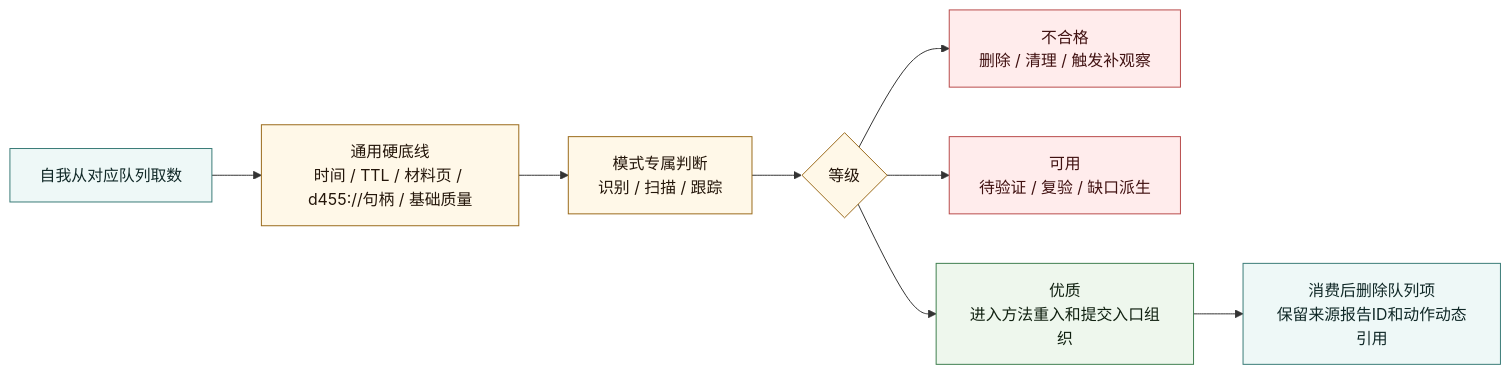
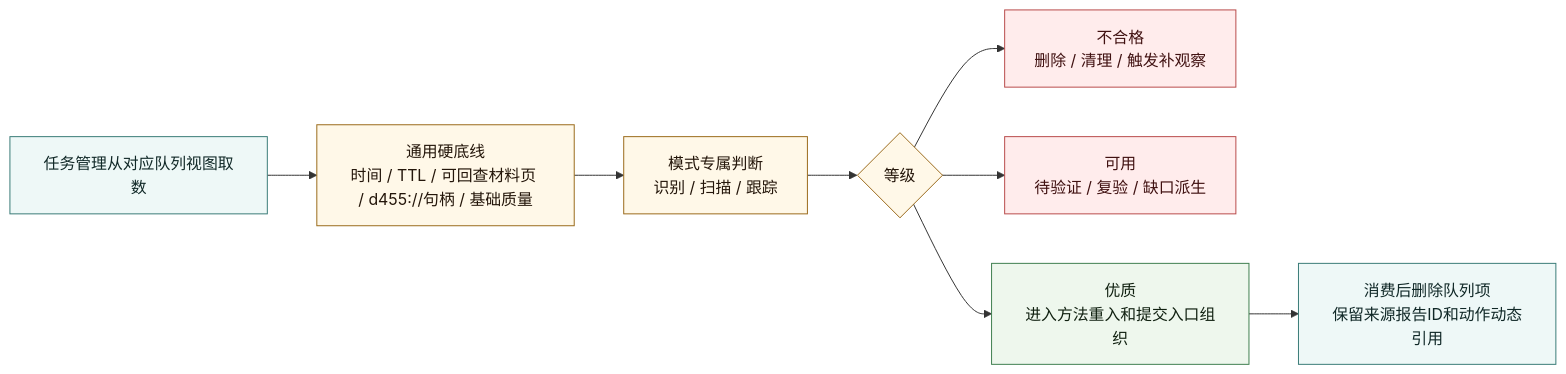
The second of 3 diagrams in 流程图/20260606_外设工作流程图_v0.2.md (chunhaizh-cyber/Birthplace-of-digital-civilization), drawn with Mermaid before and after one commit. The commit also changed other lines of this file and 7 other files, not shown here.

Commit message:
修订外设流程图正式承接口径

````diff
--- a/流程图/20260606_外设工作流程图_v0.2.md
+++ b/流程图/20260606_外设工作流程图_v0.2.md
@@ -110,26 +111,26 @@
 ```mermaid
 flowchart LR
-    A["自我从对应队列取数"]
-    B["通用硬底线<br/>时间 / TTL / 材料页 / d455://句柄 / 基础质量"]
+    A["任务管理从对应队列视图取数"]
+    B["通用硬底线<br/>时间 / TTL / 可回查材料页 / d455://句柄 / 基础质量"]
     C["模式专属判断<br/>识别 / 扫描 / 跟踪"]
     D{"等级"}
     E["不合格<br/>删除 / 清理 / 触发补观察"]
     F["可用<br/>待验证 / 复验 / 缺口派生"]
     G["优质<br/>进入方法重入和提交入口组织"]
     H["消费后删除队列项<br/>保留来源报告ID和动作动态引用"]
 
     A --> B --> C --> D
     D --> E
     D --> F
     D --> G --> H
 
     classDef queue fill:#eef8f7,stroke:#397b77,color:#102827;
     classDef quality fill:#fff8e8,stroke:#9a6a1a,color:#24160a;
     classDef good fill:#eef7ed,stroke:#3f7f4f,color:#102010;
     classDef warn fill:#ffecec,stroke:#b84a4a,color:#401111;
 
     class A,H queue;
     class B,C,D quality;
     class G good;
     class E,F warn;
 ```
````
